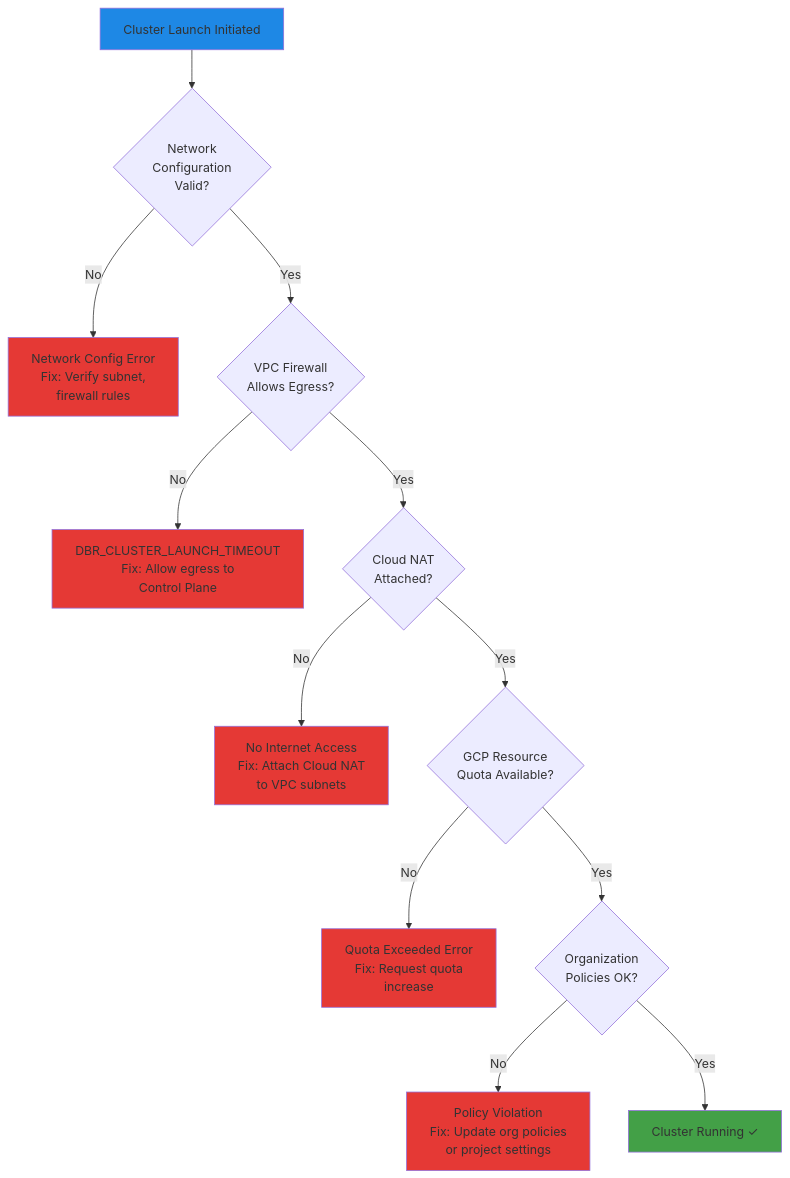
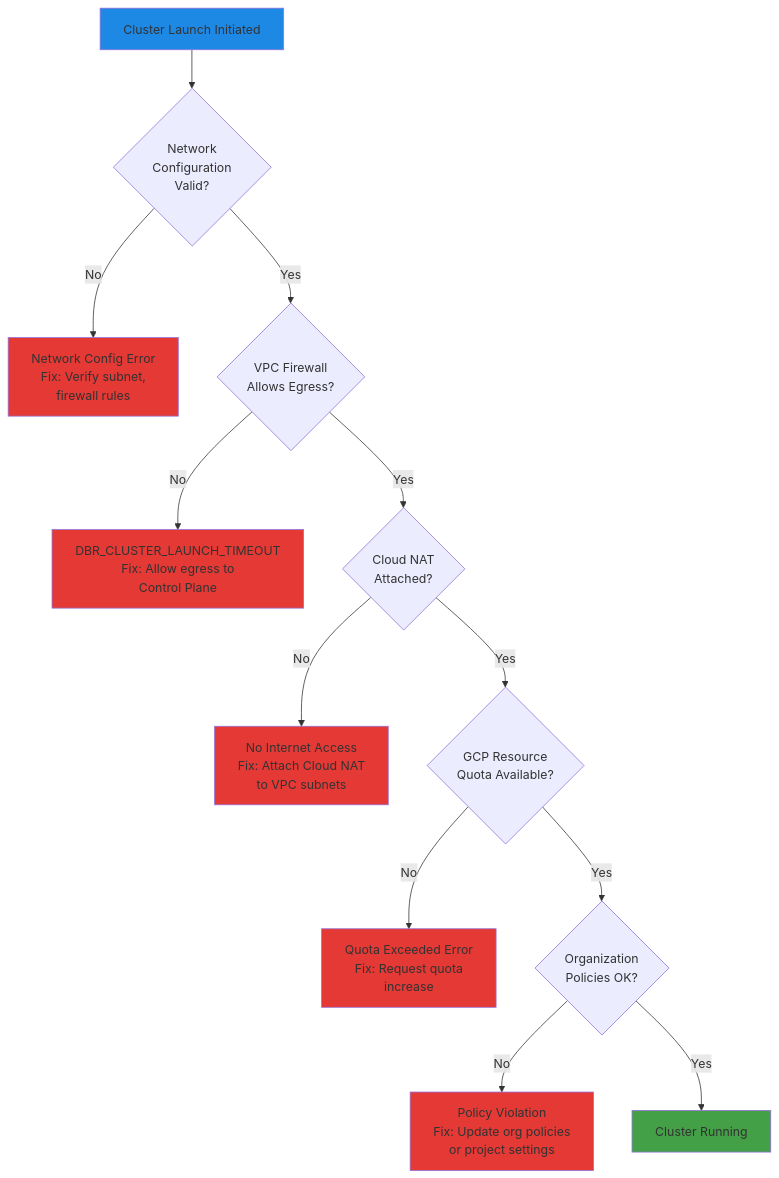
Before and after one commit to bhavink/databricks: the fifth of 5 diagrams in gcpdb4u/Workspace-Provisioning.md, drawn with Mermaid. The commit also changed other lines of this file and 81 other files, not shown here.

````diff
--- a/gcpdb4u/Workspace-Provisioning.md
+++ b/gcpdb4u/Workspace-Provisioning.md
@@ -287,28 +287,28 @@
 ```mermaid
 graph TB
     START[Cluster Launch Initiated]
 
     START --> CHECK1{Network<br/>Configuration<br/>Valid?}
     CHECK1 -->|No| FAIL1[Network Config Error<br/>Fix: Verify subnet,<br/>firewall rules]
     CHECK1 -->|Yes| CHECK2{VPC Firewall<br/>Allows Egress?}
 
     CHECK2 -->|No| FAIL2[DBR_CLUSTER_LAUNCH_TIMEOUT<br/>Fix: Allow egress to<br/>Control Plane]
     CHECK2 -->|Yes| CHECK3{Cloud NAT<br/>Attached?}
 
     CHECK3 -->|No| FAIL3[No Internet Access<br/>Fix: Attach Cloud NAT<br/>to VPC subnets]
     CHECK3 -->|Yes| CHECK4{GCP Resource<br/>Quota Available?}
 
     CHECK4 -->|No| FAIL4[Quota Exceeded Error<br/>Fix: Request quota<br/>increase]
     CHECK4 -->|Yes| CHECK5{Organization<br/>Policies OK?}
 
     CHECK5 -->|No| FAIL5[Policy Violation<br/>Fix: Update org policies<br/>or project settings]
-    CHECK5 -->|Yes| SUCCESS[Cluster Running ✓]
+    CHECK5 -->|Yes| SUCCESS[Cluster Running ]
 
     style START fill:#1E88E5
     style SUCCESS fill:#43A047
     style FAIL1 fill:#E53935
     style FAIL2 fill:#E53935
     style FAIL3 fill:#E53935
     style FAIL4 fill:#E53935
     style FAIL5 fill:#E53935
 ```
````
